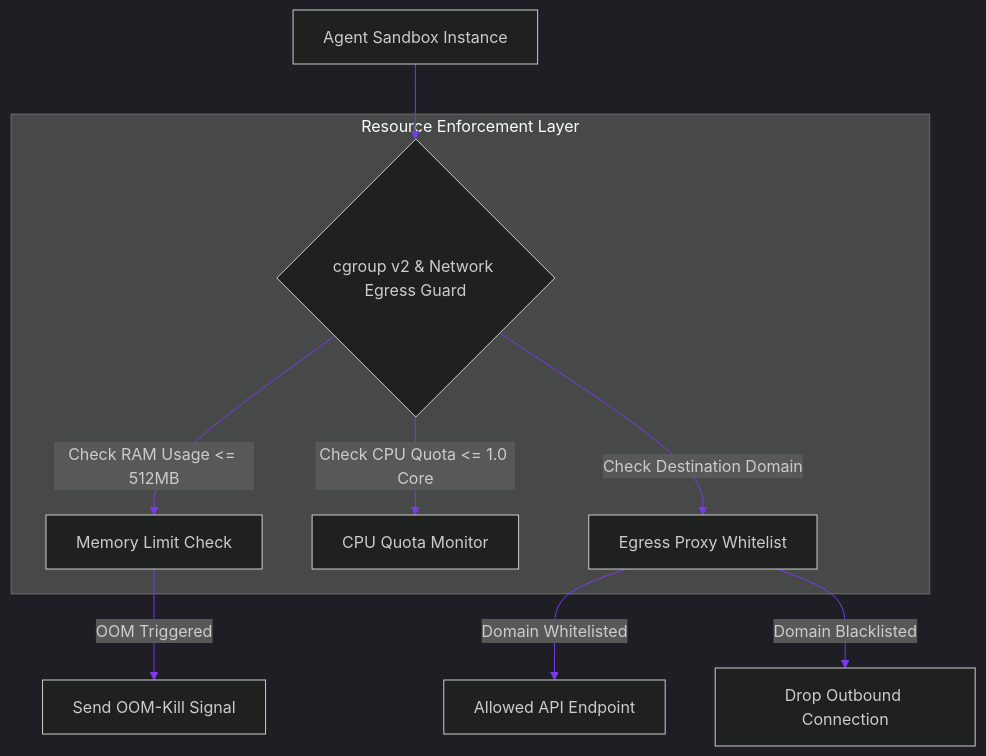
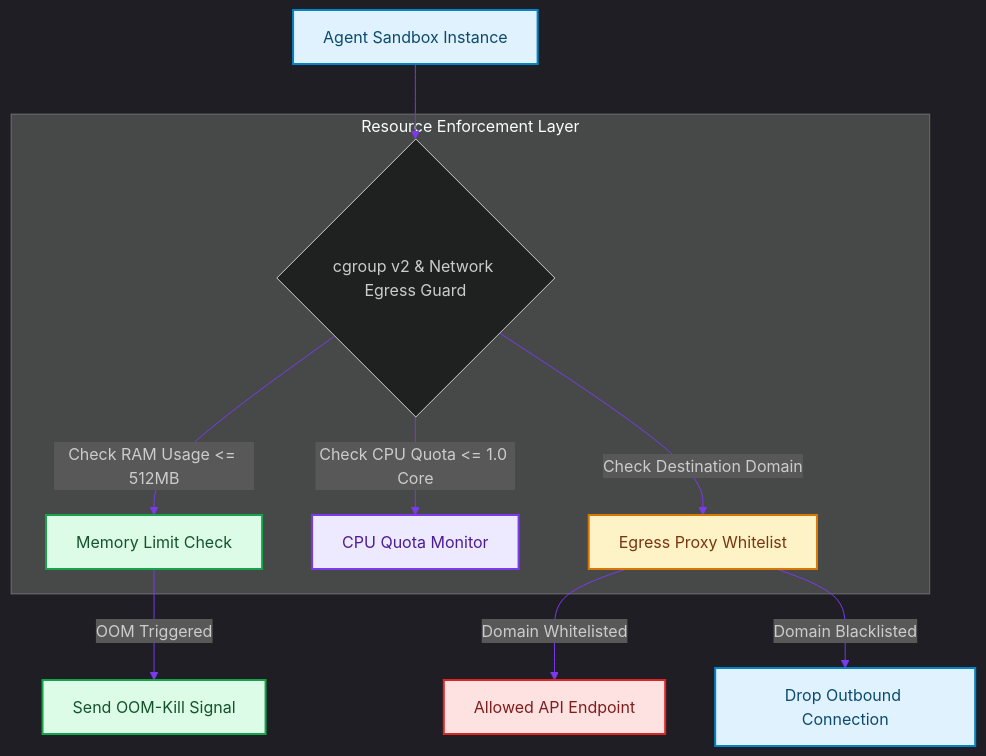
One commit to akmalkhaniub/akmalkhaniub.github.io changed the diagram in blog/posts/system-design-resource-quota-enforcement-cgroups-egress-limits.md. Above: the diagram before and after it, drawn with Mermaid. The commit also changed other lines of this file and 1291 other files, not shown here.

First line of the commit message:
feat(catalog): unique covers, scholarly references, and diagram palettes

````diff
--- a/blog/posts/system-design-resource-quota-enforcement-cgroups-egress-limits.md
+++ b/blog/posts/system-design-resource-quota-enforcement-cgroups-egress-limits.md
@@ -16,15 +16,26 @@
 ```mermaid
 %%{init: {'theme': 'dark', 'themeVariables': { 'primaryColor': '#7c3aed', 'primaryTextColor': '#f3f4f6', 'primaryBorderColor': '#a78bfa', 'lineColor': '#7c3aed', 'secondaryColor': '#111827', 'tertiaryColor': '#0b0f19'}}}%%
 flowchart TD
-    Sandbox[Agent Sandbox Instance] --> LimitGuard{cgroup v2 & Network Egress Guard}
+    Sandbox["Agent Sandbox Instance"] --> LimitGuard{cgroup v2 & Network Egress Guard}
     
     subgraph SG1_ResourceEnforcementLayer ["Resource Enforcement Layer"]
-        LimitGuard -->|Check RAM Usage <= 512MB| RAMCheck[Memory Limit Check]
-        LimitGuard -->|Check CPU Quota <= 1.0 Core| CPUCheck[CPU Quota Monitor]
-        LimitGuard -->|Check Destination Domain| Proxy[Egress Proxy Whitelist]
+        LimitGuard -->|Check RAM Usage <= 512MB| RAMCheck["Memory Limit Check"]
+        LimitGuard -->|Check CPU Quota <= 1.0 Core| CPUCheck["CPU Quota Monitor"]
+        LimitGuard -->|Check Destination Domain| Proxy["Egress Proxy Whitelist"]
     end
     
-    Proxy -->|Domain Whitelisted| Internet[Allowed API Endpoint]
-    Proxy -->|Domain Blacklisted| Blocked[Drop Outbound Connection]
-    RAMCheck -->|OOM Triggered| Kill[Send OOM-Kill Signal]
+    Proxy -->|Domain Whitelisted| Internet["Allowed API Endpoint"]
+    Proxy -->|Domain Blacklisted| Blocked["Drop Outbound Connection"]
+    RAMCheck -->|OOM Triggered| Kill["Send OOM-Kill Signal"]
+
+classDef green fill:#dcfce7,stroke:#16a34a,stroke-width:2px,color:#14532d;
+classDef red fill:#fee2e2,stroke:#dc2626,stroke-width:2px,color:#7f1d1d;
+classDef blue fill:#e0f2fe,stroke:#0284c7,stroke-width:2px,color:#0c4a6e;
+classDef yellow fill:#fef3c7,stroke:#d97706,stroke-width:2px,color:#78350f;
+classDef purple fill:#ede9fe,stroke:#7c3aed,stroke-width:2px,color:#4c1d95;
+class Sandbox,Blocked blue
+class RAMCheck,Kill green
+class CPUCheck purple
+class Proxy yellow
+class Internet red
 ```
````
